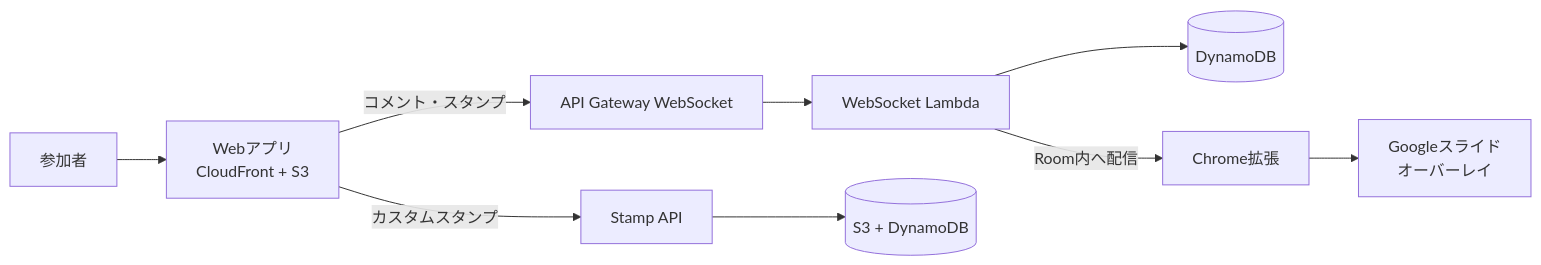
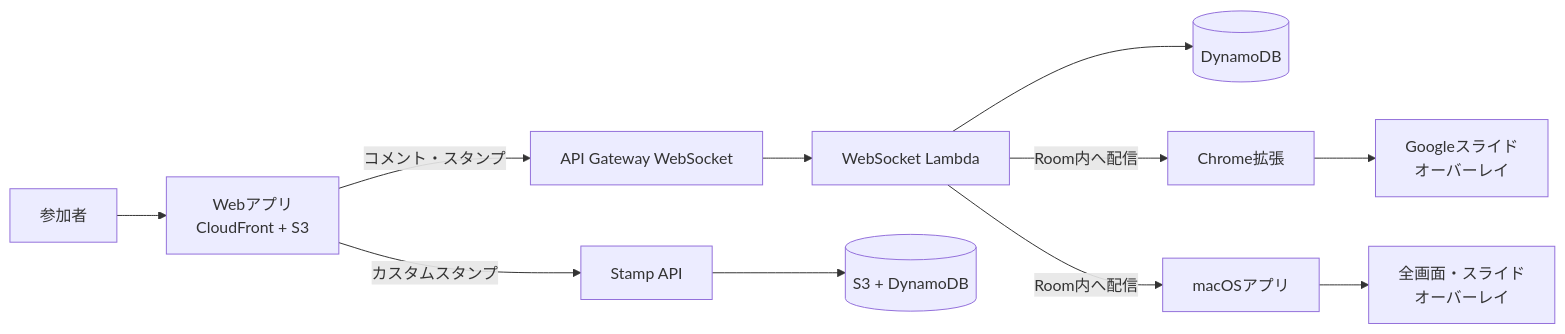
The diagram in README.md (shimewtr/comet), drawn with Mermaid before and after one commit. The commit also changed other lines of this file and 11 other files, not shown here.

````diff
--- a/README.md
+++ b/README.md
@@ -17,11 +18,13 @@
 ```mermaid
 flowchart LR
     User[参加者] --> Web[Webアプリ<br>CloudFront + S3]
     Web -- コメント・スタンプ --> WS[API Gateway WebSocket]
     WS --> Lambda[WebSocket Lambda]
     Lambda --> DDB[(DynamoDB)]
     Lambda -- Room内へ配信 --> Extension[Chrome拡張]
+    Lambda -- Room内へ配信 --> Mac[macOSアプリ]
     Extension --> Slides[Googleスライド<br>オーバーレイ]
+    Mac --> Desktop[全画面・スライド<br>オーバーレイ]
     Web -- カスタムスタンプ --> StampAPI[Stamp API]
     StampAPI --> StampStore[(S3 + DynamoDB)]
 ```
````
